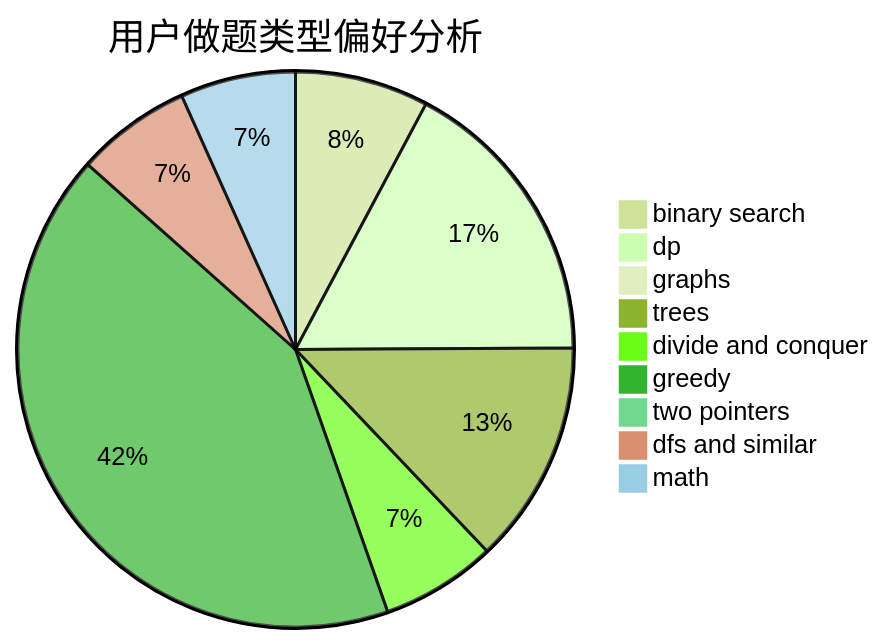
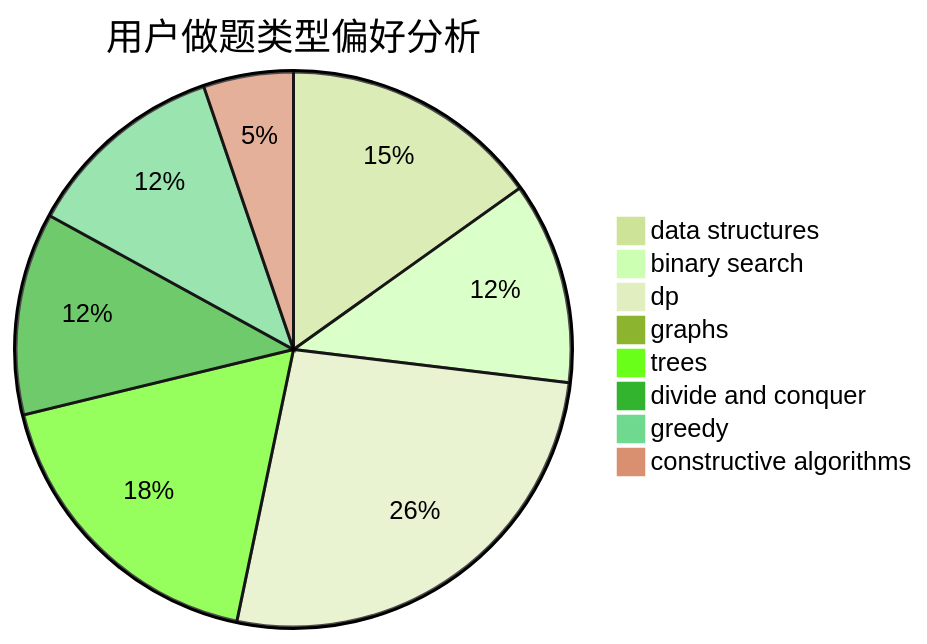
The second of 3 diagrams in docs/user/u583.md (sherpahu/cfrs.github.io), drawn with Mermaid (forest theme) before and after one commit. The commit also changed other lines of this file and 2775 other files, not shown here.

````diff
--- a/docs/user/u583.md
+++ b/docs/user/u583.md
@@ -23,12 +23,11 @@
 ```mermaid
 pie title 用户做题类型偏好分析
-    "binary search" :  73
-    "dp" :  161
-    "graphs" :  8
-    "trees" :  122
+    "data structures" :  81
+    "binary search" :  63
+    "dp" :  141
+    "graphs" :  0
+    "trees" :  96
     "divide and conquer" :  63
-    "greedy" :  394
-    "two pointers" :  0
-    "dfs and similar" :  63
-    "math" :  63
+    "greedy" :  63
+    "constructive algorithms" :  28
 ```
````
